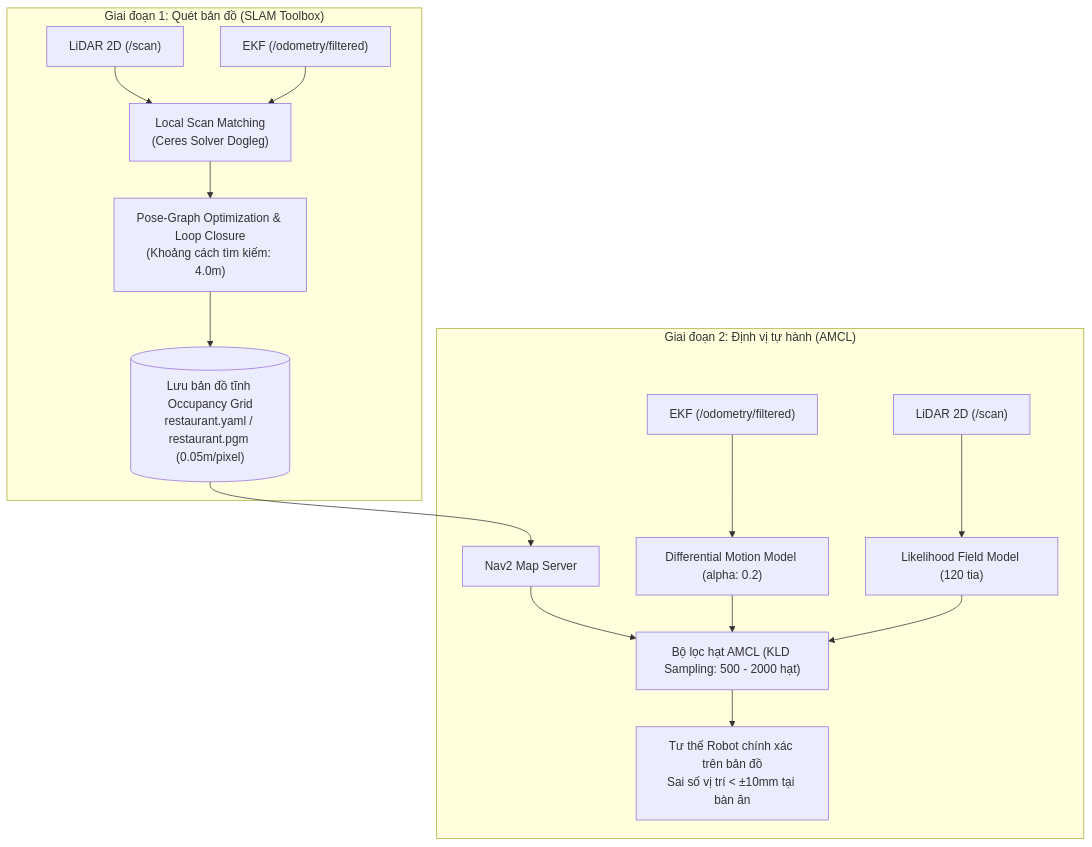
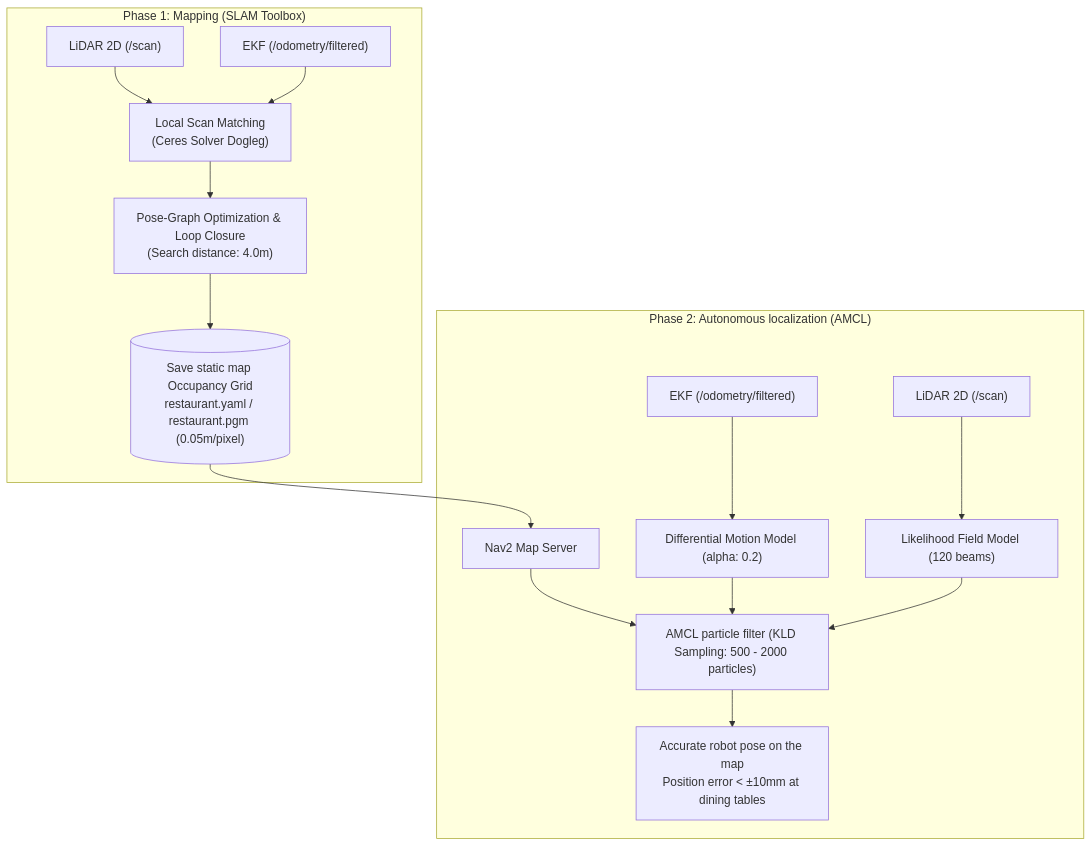
Before and after one commit to dquang05/capstone_ros2: the second of 4 diagrams in docs/AMR_ALGORITHM.md, drawn with Mermaid. The commit also changed other lines of this file and 7 other files, not shown here.

````diff
--- a/docs/AMR_ALGORITHM.md
+++ b/docs/AMR_ALGORITHM.md
@@ -81,19 +81,19 @@
 ```mermaid
 graph TD
-    subgraph MappingPhase ["Giai đoạn 1: Quét bản đồ (SLAM Toolbox)"]
+    subgraph MappingPhase ["Phase 1: Mapping (SLAM Toolbox)"]
         Scan1["LiDAR 2D (/scan)"] --> CorrScan["Local Scan Matching<br/>(Ceres Solver Dogleg)"]
         Odom1["EKF (/odometry/filtered)"] --> CorrScan
-        CorrScan --> GraphOpt["Pose-Graph Optimization & Loop Closure<br/>(Khoảng cách tìm kiếm: 4.0m)"]
-        GraphOpt --> SaveMap[("Lưu bản đồ tĩnh Occupancy Grid<br/>restaurant.yaml / restaurant.pgm (0.05m/pixel)")]
+        CorrScan --> GraphOpt["Pose-Graph Optimization & Loop Closure<br/>(Search distance: 4.0m)"]
+        GraphOpt --> SaveMap[("Save static map Occupancy Grid<br/>restaurant.yaml / restaurant.pgm (0.05m/pixel)")]
     end
 
-    subgraph NavigationPhase ["Giai đoạn 2: Định vị tự hành (AMCL)"]
+    subgraph NavigationPhase ["Phase 2: Autonomous localization (AMCL)"]
         SaveMap --> MapServer["Nav2 Map Server"]
-        MapServer --> ParticleFilter["Bộ lọc hạt AMCL (KLD Sampling: 500 - 2000 hạt)"]
-        Scan2["LiDAR 2D (/scan)"] --> LikelihoodField["Likelihood Field Model (120 tia)"]
+        MapServer --> ParticleFilter["AMCL particle filter (KLD Sampling: 500 - 2000 particles)"]
+        Scan2["LiDAR 2D (/scan)"] --> LikelihoodField["Likelihood Field Model (120 beams)"]
         Odom2["EKF (/odometry/filtered)"] --> DiffMotion["Differential Motion Model (alpha: 0.2)"]
         DiffMotion --> ParticleFilter
         LikelihoodField --> ParticleFilter
-        ParticleFilter --> RobotPose["Tư thế Robot chính xác trên bản đồ<br/>Sai số vị trí < ±10mm tại bàn ăn"]
+        ParticleFilter --> RobotPose["Accurate robot pose on the map<br/>Position error < ±10mm at dining tables"]
     end
 ```
````
